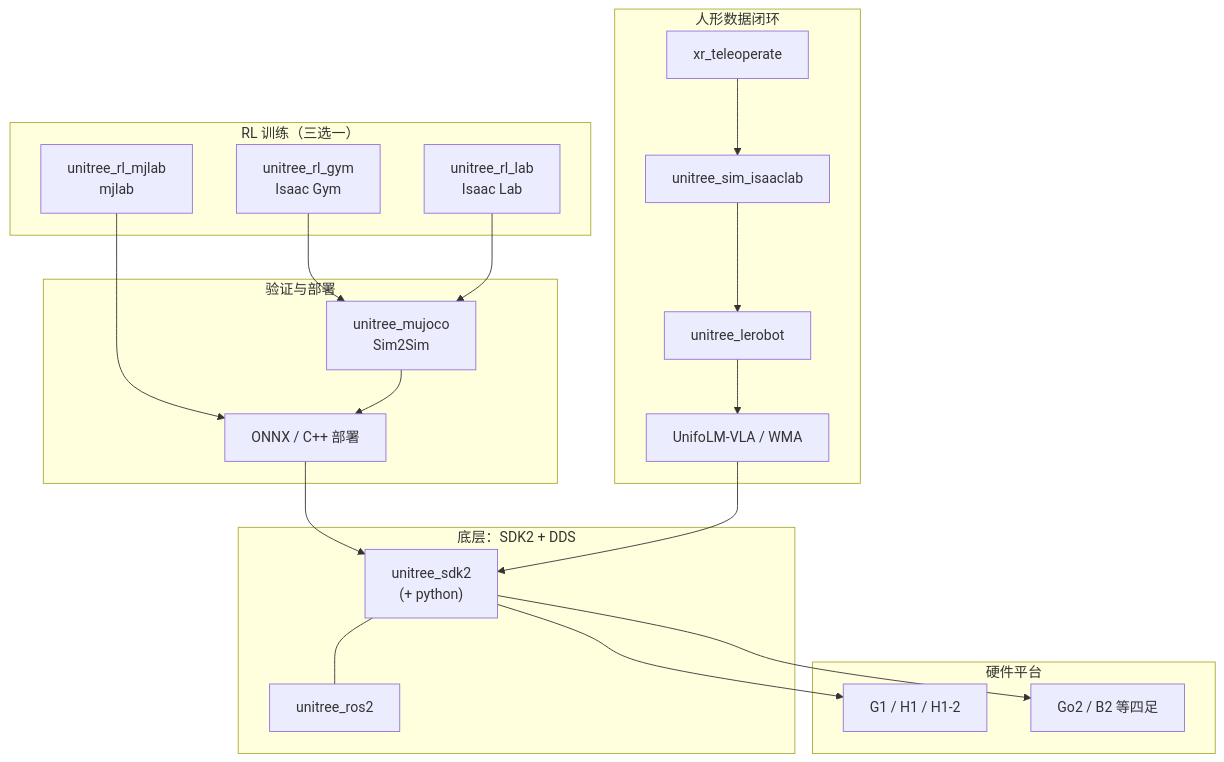
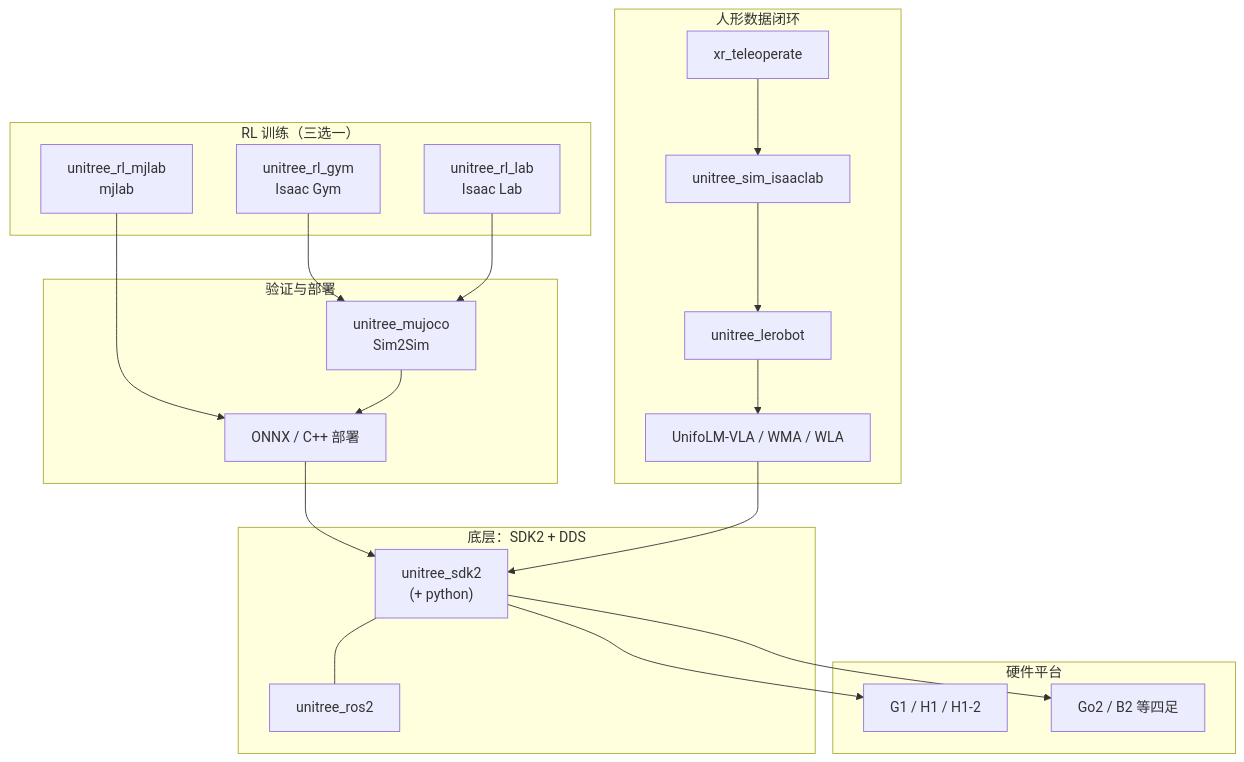
Before and after one commit to ImChong/Robotics_Notebooks: the diagram in wiki/entities/unitree.md, drawn with Mermaid. The commit also changed other lines of this file and 15 other files, not shown here.

First line of the commit message:
[2026-09-18] ingest | UnifoLM-WLA-1.0 — 6B 全身 WLA 基础模型 (#2084)

````diff
--- a/wiki/entities/unitree.md
+++ b/wiki/entities/unitree.md
@@ -167,36 +169,36 @@
 ```mermaid
 flowchart TB
   subgraph hw["硬件平台"]
     G1["G1 / H1 / H1-2"]
     Quad["Go2 / B2 等四足"]
   end
   subgraph sdk["底层：SDK2 + DDS"]
     SDK2["unitree_sdk2\n(+ python)"]
     ROS2["unitree_ros2"]
     SDK2 --- ROS2
   end
   subgraph rl["RL 训练（三选一）"]
     GYM["unitree_rl_gym\nIsaac Gym"]
     LAB["unitree_rl_lab\nIsaac Lab"]
     MJ["unitree_rl_mjlab\nmjlab"]
   end
   subgraph il["人形数据闭环"]
     XR["xr_teleoperate"]
     SIM["unitree_sim_isaaclab"]
     LR["unitree_lerobot"]
-    VLA["UnifoLM-VLA / WMA"]
+    VLA["UnifoLM-VLA / WMA / WLA"]
     XR --> SIM --> LR --> VLA
   end
   subgraph verify["验证与部署"]
     MJC["unitree_mujoco\nSim2Sim"]
     ONNX["ONNX / C++ 部署"]
   end
   GYM --> MJC
   LAB --> MJC
   MJ --> ONNX
   MJC --> ONNX
   ONNX --> SDK2
   SDK2 --> G1
   SDK2 --> Quad
   VLA --> SDK2
 ```
````
